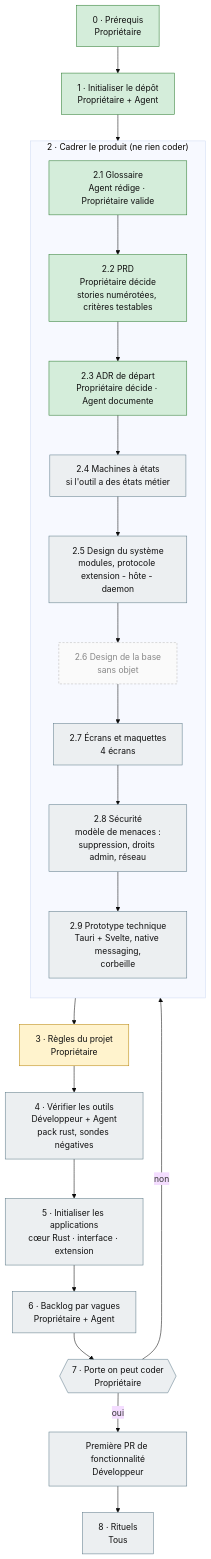
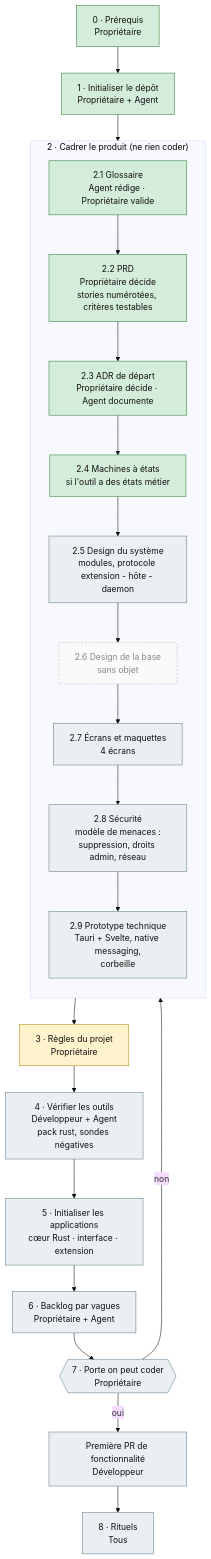
Before and after one commit to AresGn/Breathly: the diagram in docs/parcours.md, drawn with Mermaid (base theme). The commit also changed other lines of this file and 6 other files, not shown here.

````diff
--- a/docs/parcours.md
+++ b/docs/parcours.md
@@ -21,35 +21,35 @@
 ```mermaid
 flowchart TD
     A0["0 · Prérequis<br/>Propriétaire"] --> A1["1 · Initialiser le dépôt<br/>Propriétaire + Agent"]
     A1 --> B
 
     subgraph B["2 · Cadrer le produit (ne rien coder)"]
         direction TB
         B1["2.1 Glossaire<br/>Agent rédige · Propriétaire valide"] --> B2["2.2 PRD<br/>Propriétaire décide<br/>stories numérotées, critères testables"]
         B2 --> B3["2.3 ADR de départ<br/>Propriétaire décide · Agent documente"]
         B3 --> B4["2.4 Machines à états<br/>si l'outil a des états métier"]
         B4 --> B5["2.5 Design du système<br/>modules, protocole extension - hôte - daemon"]
         B5 --> B6["2.6 Design de la base<br/>sans objet"]
         B6 --> B7["2.7 Écrans et maquettes<br/>4 écrans"]
         B7 --> B8["2.8 Sécurité<br/>modèle de menaces :<br/>suppression, droits admin, réseau"]
         B8 --> B9["2.9 Prototype technique<br/>Tauri + Svelte, native messaging,<br/>corbeille"]
     end
 
     B --> C["3 · Règles du projet<br/>Propriétaire"]
     C --> D["4 · Vérifier les outils<br/>Développeur + Agent<br/>pack rust, sondes négatives"]
     D --> E["5 · Initialiser les applications<br/>cœur Rust · interface · extension"]
     E --> F["6 · Backlog par vagues<br/>Propriétaire + Agent"]
     F --> G{{"7 · Porte on peut coder<br/>Propriétaire"}}
     G -- non --> B
     G -- oui --> H["Première PR de fonctionnalité<br/>Développeur"]
     H --> I["8 · Rituels<br/>Tous"]
 
     classDef done fill:#d4edda,stroke:#2e7d32,color:#111
     classDef progress fill:#fff3cd,stroke:#b8860b,color:#111
     classDef todo fill:#eceff1,stroke:#607d8b,color:#111
     classDef na fill:#fafafa,stroke:#bbb,stroke-dasharray: 4 3,color:#888
-    class A0,A1,B1,B2,B3 done
+    class A0,A1,B1,B2,B3,B4 done
     class C progress
-    class B4,B5,B7,B8,B9,D,E,F,G,H,I todo
+    class B5,B7,B8,B9,D,E,F,G,H,I todo
     class B6 na
 ```
````
